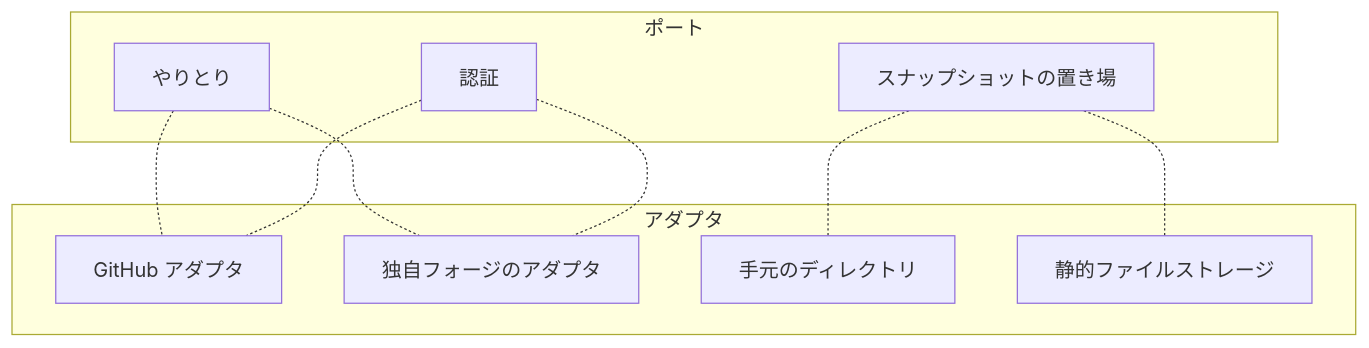
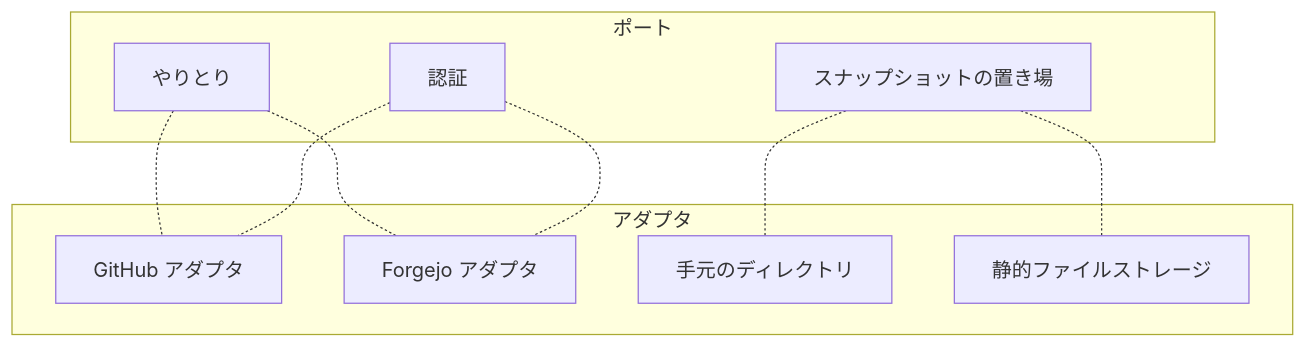
Before and after one commit to yamambainc/logiforge: the diagram in design/backend/ports/README.md, drawn with Mermaid. The commit also changed other lines of this file and 20 other files, not shown here.

````diff
--- a/design/backend/ports/README.md
+++ b/design/backend/ports/README.md
@@ -21,20 +21,20 @@
 ```mermaid
 flowchart TB
   subgraph PT["ポート"]
     P2["やりとり"]
     P4["スナップショットの置き場"]
     P3["認証"]
   end
   subgraph AD["アダプタ"]
     GH["GitHub アダプタ"]
-    NFA["独自フォージのアダプタ"]
+    NFA["Forgejo アダプタ"]
     DIR["手元のディレクトリ"]
     OBJ["静的ファイルストレージ"]
   end
   P2 -.- GH
   P3 -.- GH
   P2 -.- NFA
   P3 -.- NFA
   P4 -.- DIR
   P4 -.- OBJ
 ```
````
